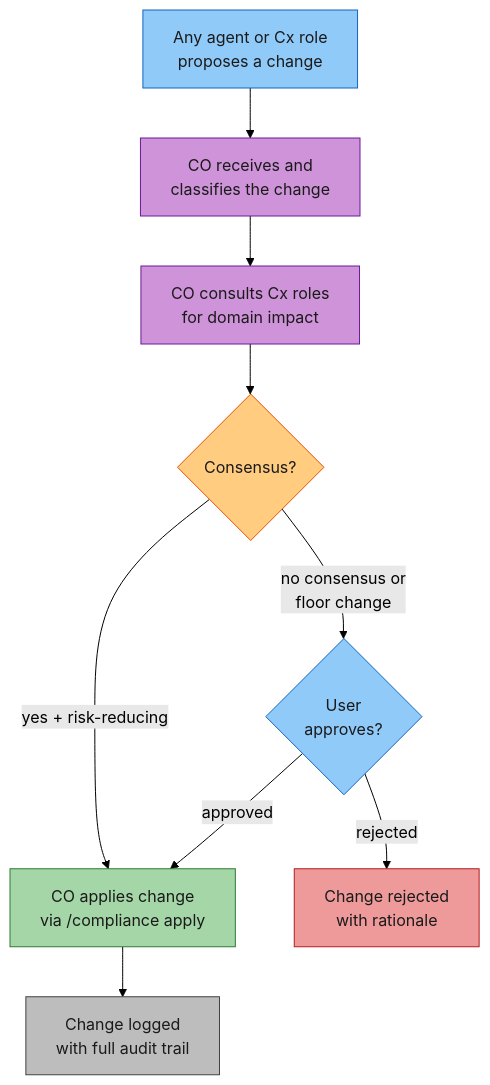
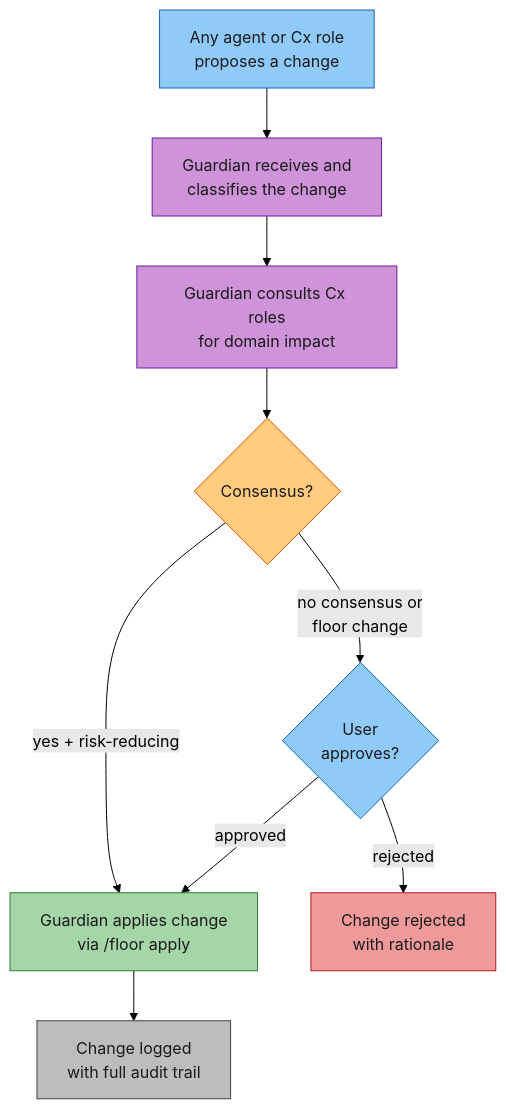
Before and after one commit to rdunie/venutian-antfarm: the second of 6 diagrams in README.md, drawn with Mermaid (forest theme). The commit also changed other lines of this file, not shown here.

````diff
--- a/README.md
+++ b/README.md
@@ -95,29 +88,29 @@
 ```mermaid
 flowchart TD
     PROPOSE["Any agent or Cx role\nproposes a change"]
-    CO_REVIEW["CO receives and\nclassifies the change"]
-    CONSULT["CO consults Cx roles\nfor domain impact"]
+    CO_REVIEW["Guardian receives and\nclassifies the change"]
+    CONSULT["Guardian consults Cx roles\nfor domain impact"]
     CONSENSUS{"Consensus?"}
     USER_APPROVE{"User\napproves?"}
-    APPLY["CO applies change\nvia /compliance apply"]
+    APPLY["Guardian applies change\nvia /floor apply"]
     LOG["Change logged\nwith full audit trail"]
     REJECT["Change rejected\nwith rationale"]
 
     PROPOSE --> CO_REVIEW
     CO_REVIEW --> CONSULT
     CONSULT --> CONSENSUS
     CONSENSUS -->|"yes + risk-reducing"| APPLY
     CONSENSUS -->|"no consensus or\nfloor change"| USER_APPROVE
     USER_APPROVE -->|"approved"| APPLY
     USER_APPROVE -->|"rejected"| REJECT
     APPLY --> LOG
 
     style PROPOSE fill:#90caf9,stroke:#1565c0,color:#1a1a1a
     style CO_REVIEW fill:#ce93d8,stroke:#6a1b9a,color:#1a1a1a
     style CONSULT fill:#ce93d8,stroke:#6a1b9a,color:#1a1a1a
     style CONSENSUS fill:#ffcc80,stroke:#e65100,color:#1a1a1a
     style USER_APPROVE fill:#90caf9,stroke:#1565c0,color:#1a1a1a
     style APPLY fill:#a5d6a7,stroke:#2e7d32,color:#1a1a1a
     style LOG fill:#bdbdbd,stroke:#424242,color:#1a1a1a
     style REJECT fill:#ef9a9a,stroke:#b71c1c,color:#1a1a1a
 ```
````
